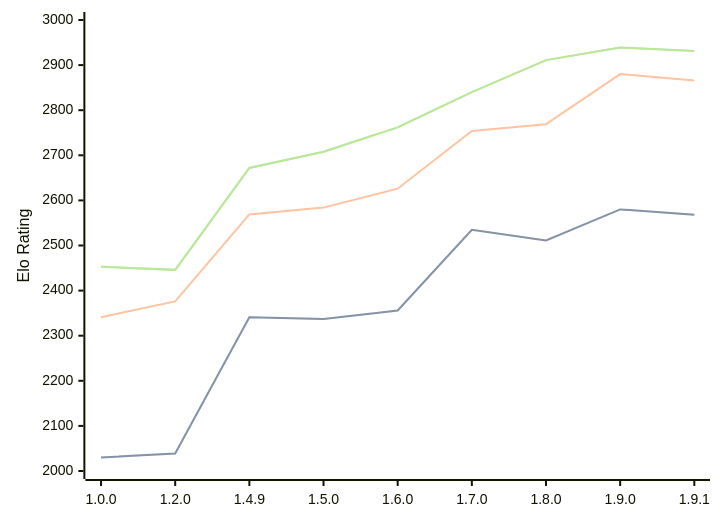
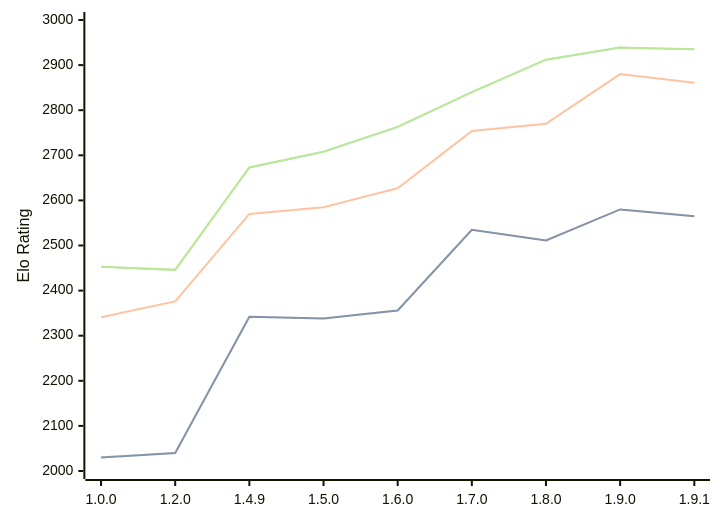
Before and after one commit to computer-chess-index/cci: the diagram in engines/Basilisk.md, drawn with Mermaid. The commit also changed other lines of this file, not shown here.

Commit message:
Update CCI Ratings (ELO VLTC) - 2026-07-31

````diff
--- a/engines/Basilisk.md
+++ b/engines/Basilisk.md
@@ -53,11 +53,11 @@
 ```mermaid
 %%{init: {"theme":"base","themeVariables":{"seriesColors:['#a3a3a3','#222221','#faa371']}}}%%
 xychart-beta
   x-axis ["1.0.0", "1.2.0", "1.4.9", "1.5.0", "1.6.0", "1.7.0", "1.8.0", "1.9.0", "1.9.1"]
   y-axis "Elo Rating" 2000 --> 3000
-  line "STC (8.0+0.08s)" [2030, 2039, 2341, 2337, 2356, 2535, 2511, 2580, 2568]
-  line "STC (8.0+0.08s)" [2030, 2039, 2341, 2337, 2356, 2535, 2511, 2580, 2568]
-  line "LTC (60.0+0.60s)" [2341, 2376, 2569, 2584, 2626, 2754, 2769, 2880, 2866]
-  line "VLTC (2m24s+1.12s)" [2453, 2446, 2672, 2708, 2762, 2840, 2911, 2939, 2931]
-  line "VLTC (2m24s+1.12s)" [2453, 2446, 2672, 2708, 2762, 2840, 2911, 2939, 2931]
+  line "STC (8.0+0.08s)" [2030, 2040, 2342, 2338, 2356, 2535, 2511, 2580, 2565]
+  line "STC (8.0+0.08s)" [2030, 2040, 2342, 2338, 2356, 2535, 2511, 2580, 2565]
+  line "LTC (60.0+0.60s)" [2341, 2376, 2570, 2585, 2627, 2754, 2770, 2880, 2861]
+  line "VLTC (2m24s+1.12s)" [2453, 2446, 2673, 2708, 2763, 2840, 2912, 2939, 2935]
+  line "VLTC (2m24s+1.12s)" [2453, 2446, 2673, 2708, 2763, 2840, 2912, 2939, 2935]
 ```
````
